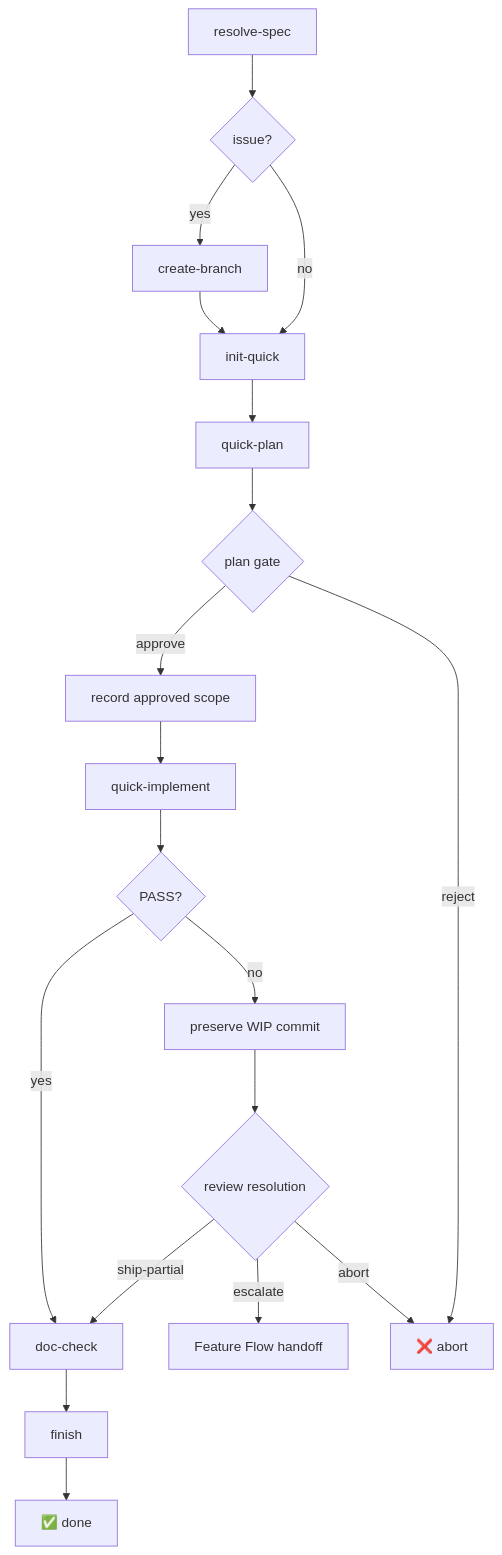
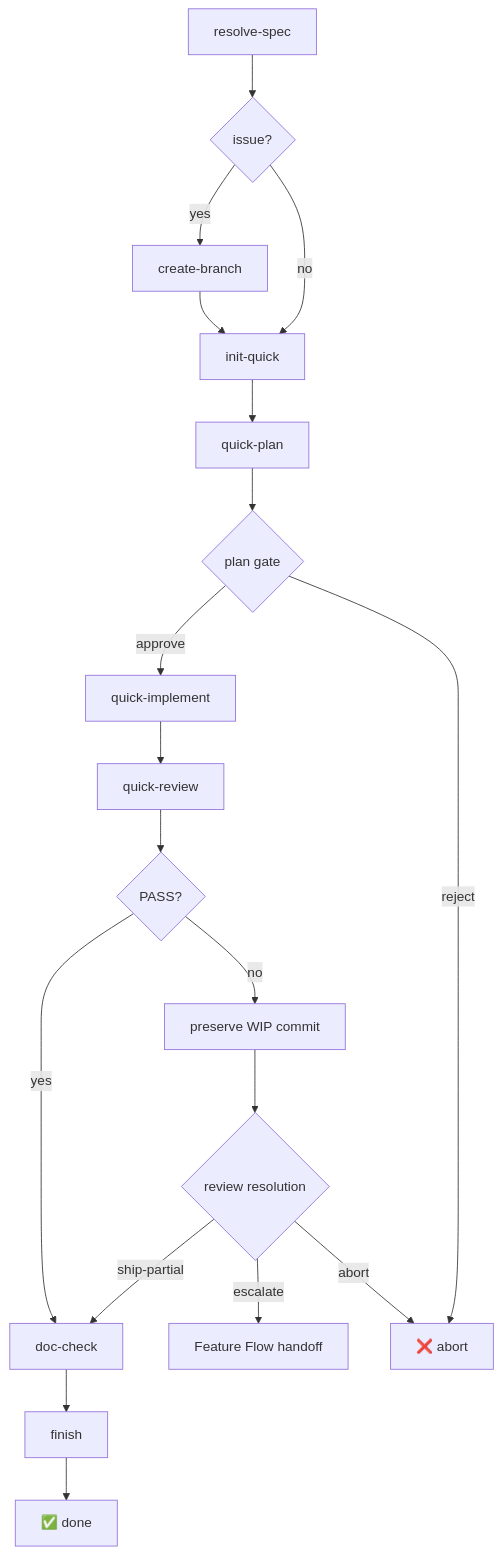
The third of 3 diagrams in docs/flows.md (markuswondrak/spec-kit-extended-flow), drawn with Mermaid before and after one commit. The commit also changed other lines of this file and 14 other files, not shown here.

Commit message:
refactor: simplify quick flow scope approval

````diff
--- a/docs/flows.md
+++ b/docs/flows.md
@@ -90,21 +90,21 @@
 ```mermaid
 flowchart TD
     A[resolve-spec] --> B{issue?}
     B -->|yes| C[create-branch]
     B -->|no| D[init-quick]
     C --> D
     D --> E[quick-plan]
     E --> F{plan gate}
-    F -->|approve| G[record approved scope]
+    F -->|approve| G[quick-implement]
     F -->|reject| H[❌ abort]
-    G --> I[quick-implement]
+    G --> I[quick-review]
     I --> J{PASS?}
     J -->|yes| K[doc-check]
     J -->|no| N[preserve WIP commit]
     N --> O{review resolution}
     O -->|ship-partial| K
     O -->|escalate| P[Feature Flow handoff]
     O -->|abort| H
     K --> L[finish]
     L --> M[✅ done]
 ```
````
